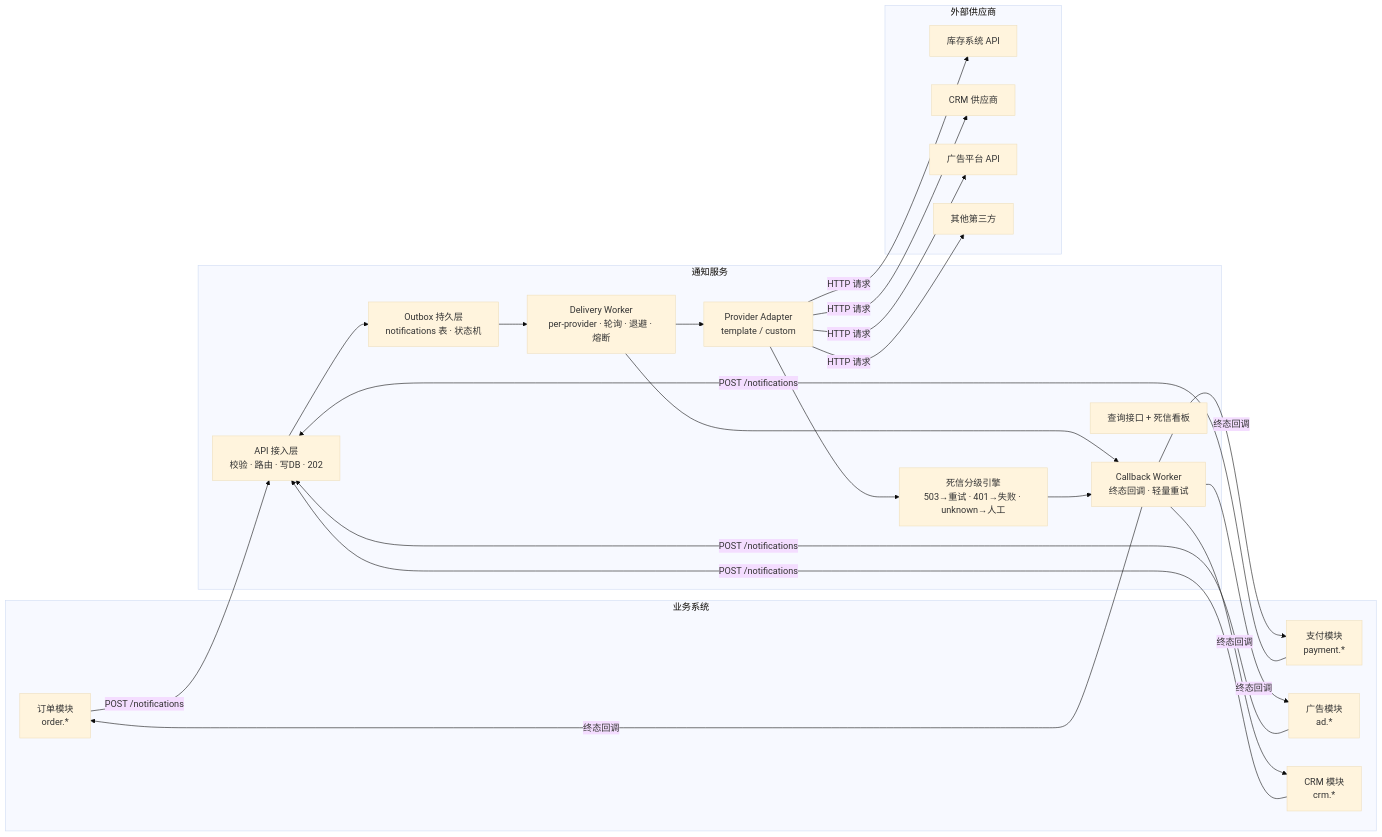
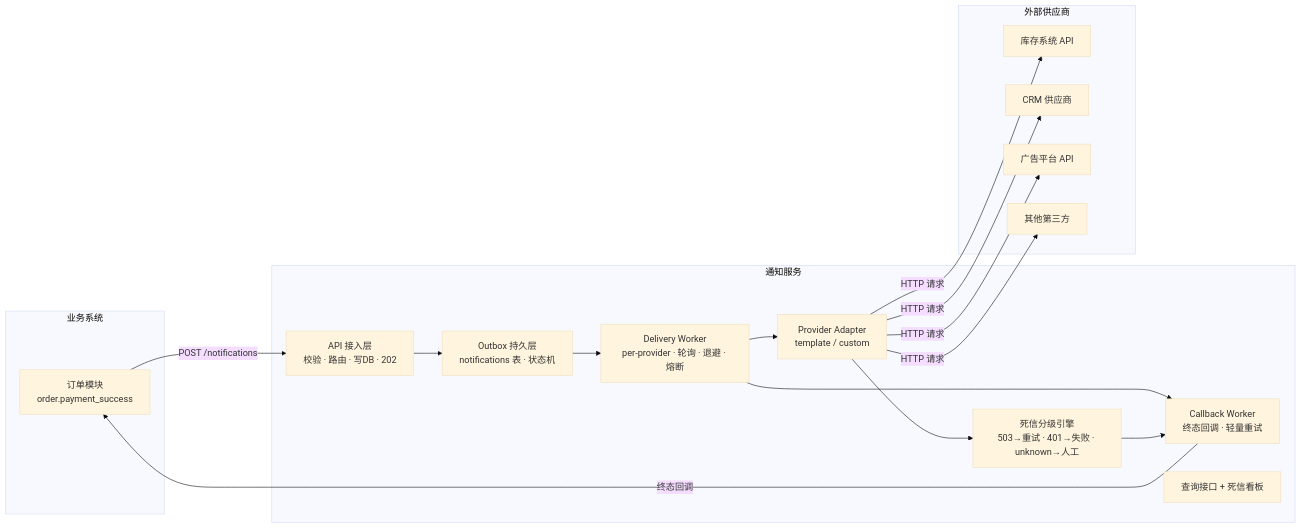
One commit to bob798/rc_bob changed the first of 5 diagrams in README.md. Above: the diagram before and after it, drawn with Mermaid (base theme). The commit also changed other lines of this file, not shown here.

First line of the commit message:
fix: 精简 AI 角色描述，独立 AI 建议取舍章节，架构图简化

````diff
--- a/README.md
+++ b/README.md
@@ -87,33 +87,30 @@
 ```mermaid
 graph LR
     subgraph 业务系统
-        A1[订单模块<br/>order.*]
-        A2[支付模块<br/>payment.*]
-        A3[广告模块<br/>ad.*]
-        A4[CRM 模块<br/>crm.*]
+        A1[订单模块<br/>order.payment_success]
     end
 
     subgraph 通知服务
         B1[API 接入层<br/>校验 · 路由 · 写DB · 202]
         B2[Outbox 持久层<br/>notifications 表 · 状态机]
         B3[Delivery Worker<br/>per-provider · 轮询 · 退避 · 熔断]
         B4[Provider Adapter<br/>template / custom]
         B5[死信分级引擎<br/>503→重试 · 401→失败 · unknown→人工]
         B6[Callback Worker<br/>终态回调 · 轻量重试]
         B7[查询接口 + 死信看板]
         B1 --> B2 --> B3 --> B4 --> B5
         B3 --> B6
         B5 --> B6
     end
 
     subgraph 外部供应商
         C1[库存系统 API]
         C2[CRM 供应商]
         C3[广告平台 API]
         C4[其他第三方]
     end
 
-    A1 & A2 & A3 & A4 -->|POST /notifications| B1
+    A1 -->|POST /notifications| B1
     B4 -->|HTTP 请求| C1 & C2 & C3 & C4
-    B6 -->|终态回调| A1 & A2 & A3 & A4
+    B6 -->|终态回调| A1
 ```
````
